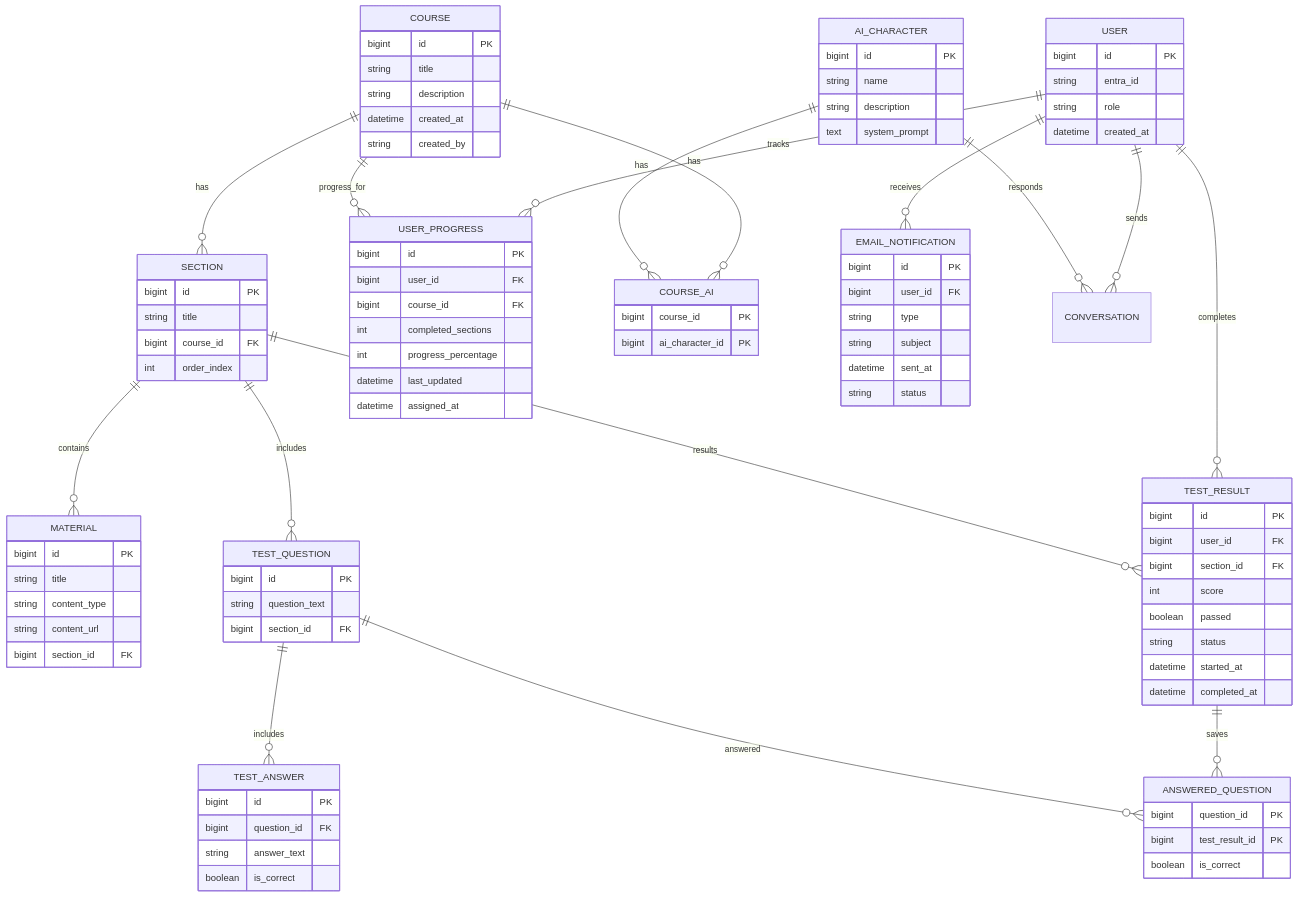
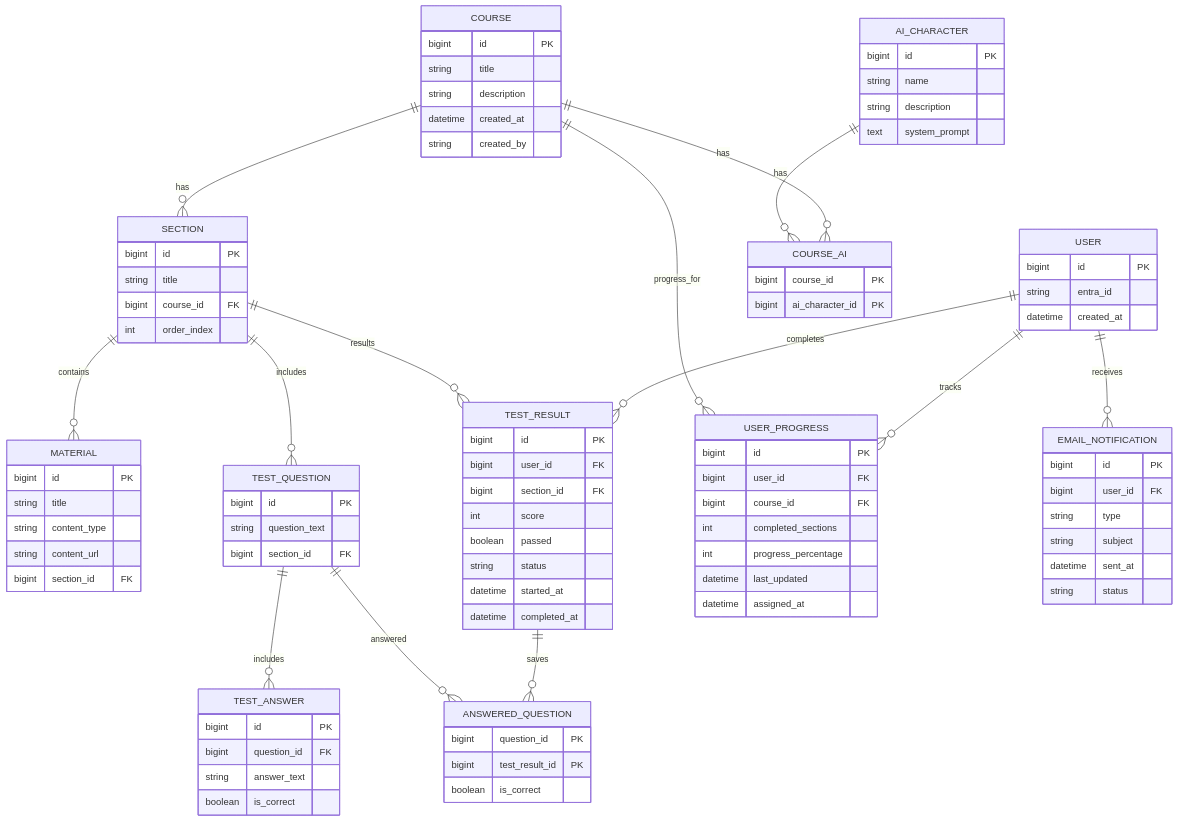
One commit to 00adasod/LIAProjekt changed the diagram in JIN24/erDiagram.md. Above: the diagram before and after it, drawn with Mermaid. The commit also changed 1 other file, not shown here.

Commit message:
Changes by xando

```diff
--- a/JIN24/erDiagram.md
+++ b/JIN24/erDiagram.md
@@ -3,10 +3,8 @@
 
     USER {
         bigint id PK
-%%        string name
-%%        string email
         string entra_id
-        string role
+%%        string role
         datetime created_at
     }
 
@@ -17,6 +15,11 @@
         datetime created_at
         string created_by
     }
+    
+%%    USER_COURSE {
+%%    bigint user_id PK
+%%    bigint course_id PK
+%%    }
 
     SECTION {
         bigint id PK
@@ -132,8 +135,8 @@
     COURSE ||--o{ COURSE_AI : has
     AI_CHARACTER ||--o{ COURSE_AI : has
     
-    USER ||--o{ CONVERSATION : sends
-    AI_CHARACTER ||--o{ CONVERSATION : responds
+%%    USER ||--o{ CONVERSATION : sends
+%%    AI_CHARACTER ||--o{ CONVERSATION : responds
 
     USER ||--o{ EMAIL_NOTIFICATION : receives
 
```
